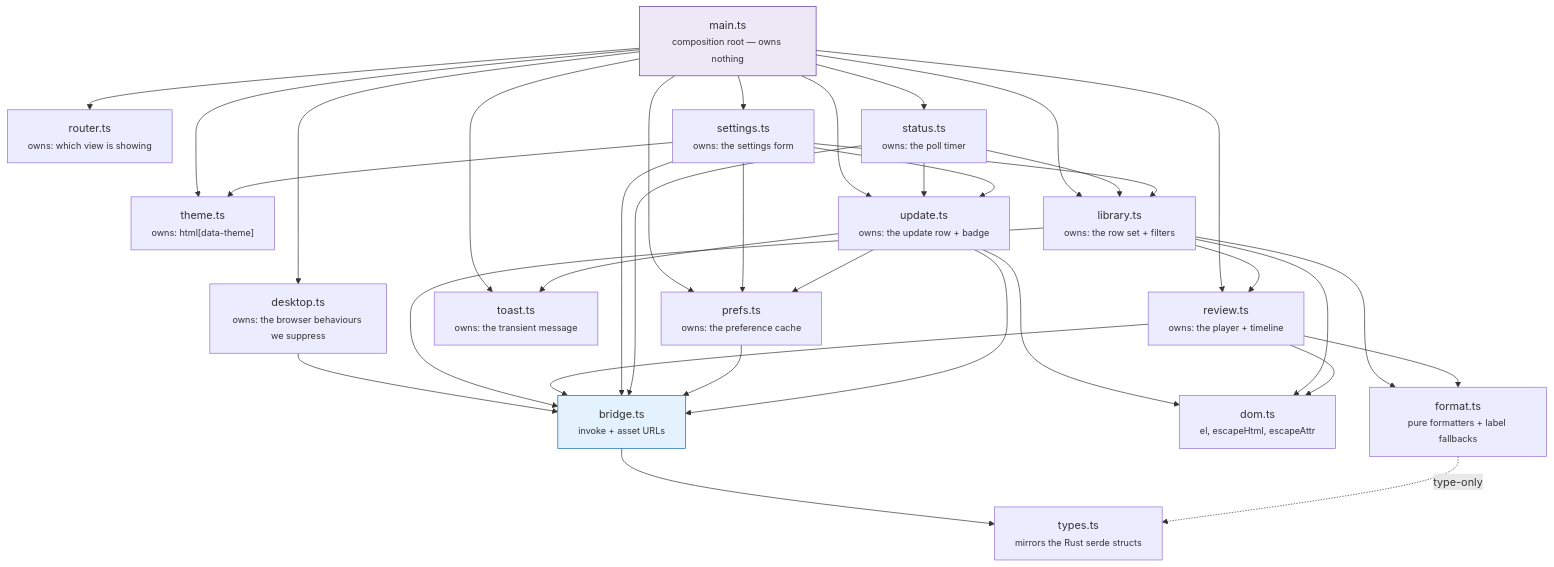
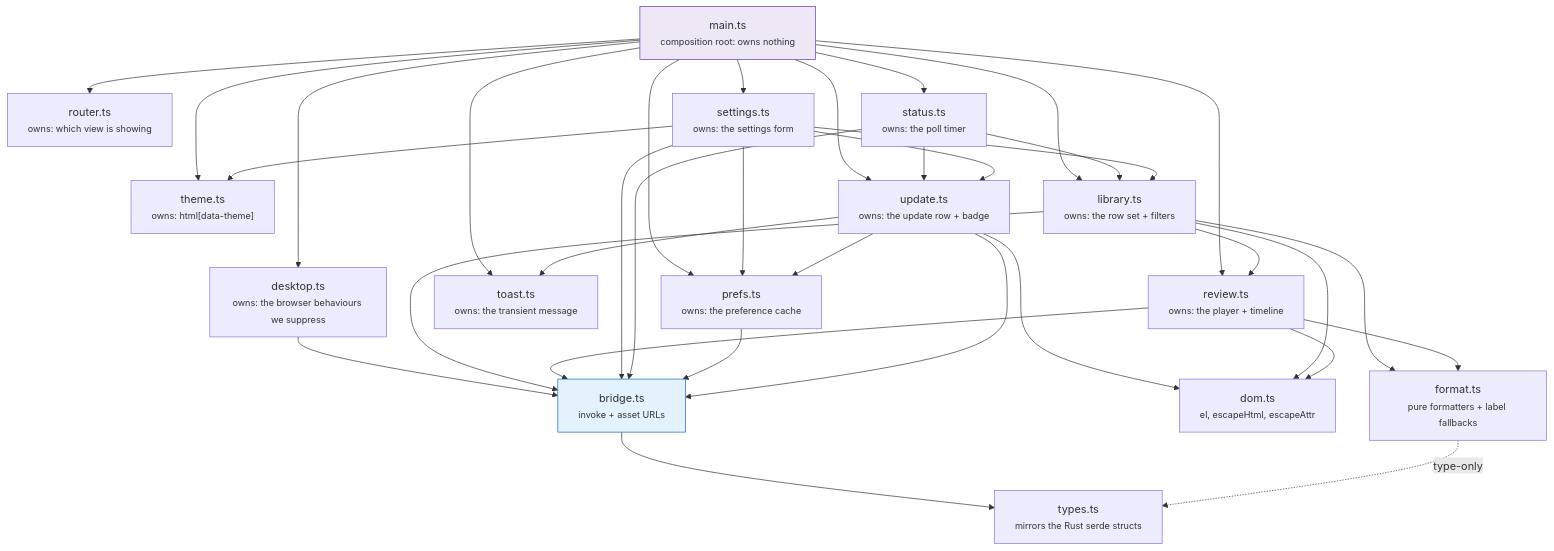
The first of 4 diagrams in docs/frontend.md (NinjaGoldfinch/ninja-recorder), drawn with Mermaid before and after one commit. The commit also changed other lines of this file and 19 other files, not shown here.

````diff
--- a/docs/frontend.md
+++ b/docs/frontend.md
@@ -13,54 +13,54 @@
 ```mermaid
 flowchart TB
-    MAIN["main.ts<br/><small>composition root — owns nothing</small>"]
+    MAIN["main.ts<br/><small>composition root: owns nothing</small>"]
     ROUTER["router.ts<br/><small>owns: which view is showing</small>"]
     THEME["theme.ts<br/><small>owns: html[data-theme]</small>"]
     PREFS["prefs.ts<br/><small>owns: the preference cache</small>"]
     STATUS["status.ts<br/><small>owns: the poll timer</small>"]
     LIB["library.ts<br/><small>owns: the row set + filters</small>"]
     REVIEW["review.ts<br/><small>owns: the player + timeline</small>"]
     SETTINGS["settings.ts<br/><small>owns: the settings form</small>"]
     TOAST["toast.ts<br/><small>owns: the transient message</small>"]
     UPDATE["update.ts<br/><small>owns: the update row + badge</small>"]
     DESK["desktop.ts<br/><small>owns: the browser behaviours we suppress</small>"]
     BRIDGE["bridge.ts<br/><small>invoke + asset URLs</small>"]
     DOM["dom.ts<br/><small>el, escapeHtml, escapeAttr</small>"]
     FMT["format.ts<br/><small>pure formatters + label fallbacks</small>"]
     TYPES["types.ts<br/><small>mirrors the Rust serde structs</small>"]
 
     MAIN --> ROUTER
     MAIN --> THEME
     MAIN --> PREFS
     MAIN --> STATUS
     MAIN --> LIB
     MAIN --> REVIEW
     MAIN --> SETTINGS
     MAIN --> TOAST
     MAIN --> UPDATE
     MAIN --> DESK
     DESK --> BRIDGE
     STATUS --> LIB
     STATUS --> UPDATE
     SETTINGS --> LIB
     SETTINGS --> THEME
     SETTINGS --> PREFS
     LIB --> REVIEW
     LIB --> BRIDGE
     REVIEW --> BRIDGE
     SETTINGS --> BRIDGE
     STATUS --> BRIDGE
     PREFS --> BRIDGE
     UPDATE --> BRIDGE
     UPDATE --> TOAST
     UPDATE --> DOM
     UPDATE --> PREFS
     SETTINGS --> UPDATE
     LIB --> FMT
     REVIEW --> FMT
     LIB --> DOM
     REVIEW --> DOM
     BRIDGE --> TYPES
     FMT -.->|"type-only"| TYPES
     style MAIN fill:#ede7f6,stroke:#5e35b1
     style BRIDGE fill:#e3f2fd,stroke:#1565c0
 ```
````
